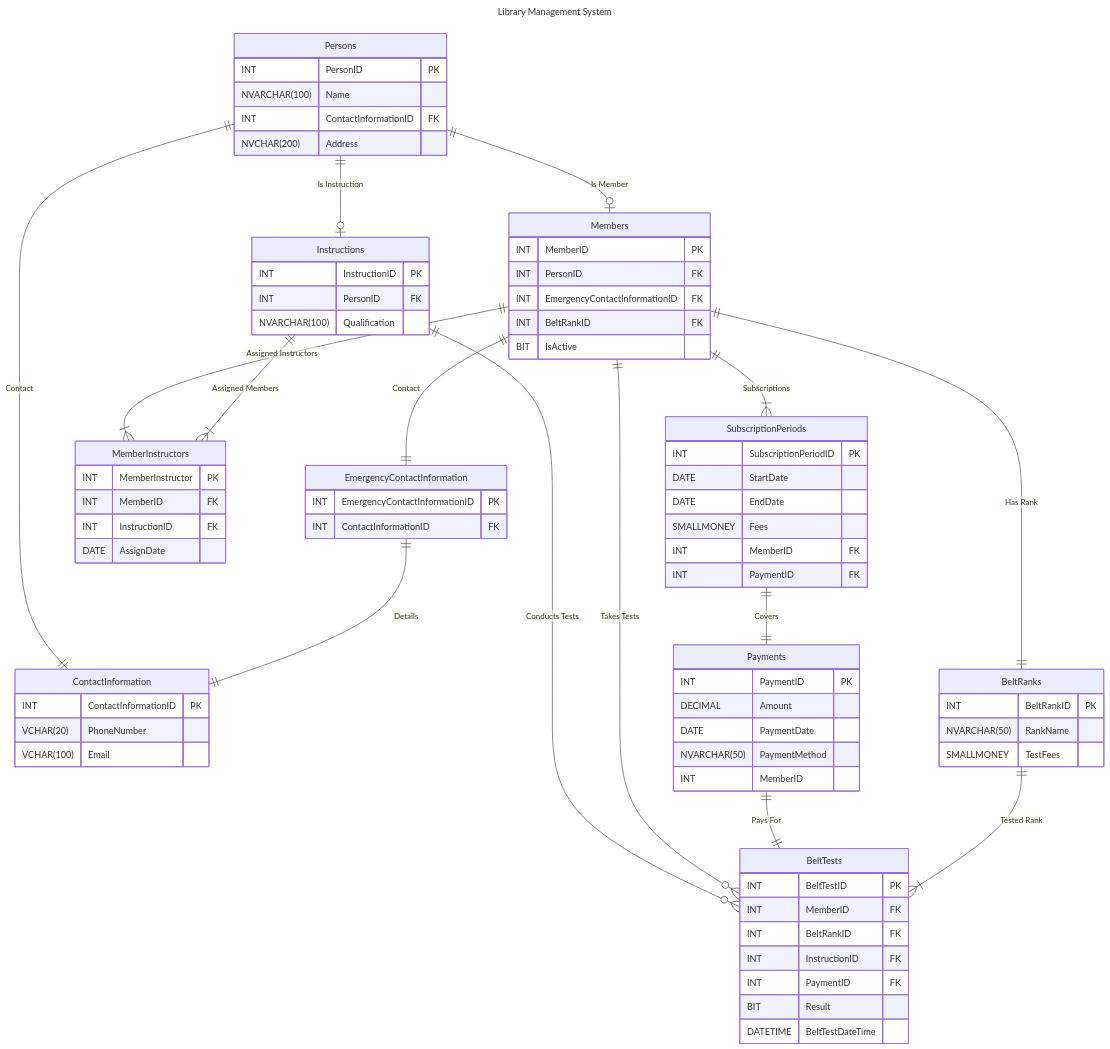
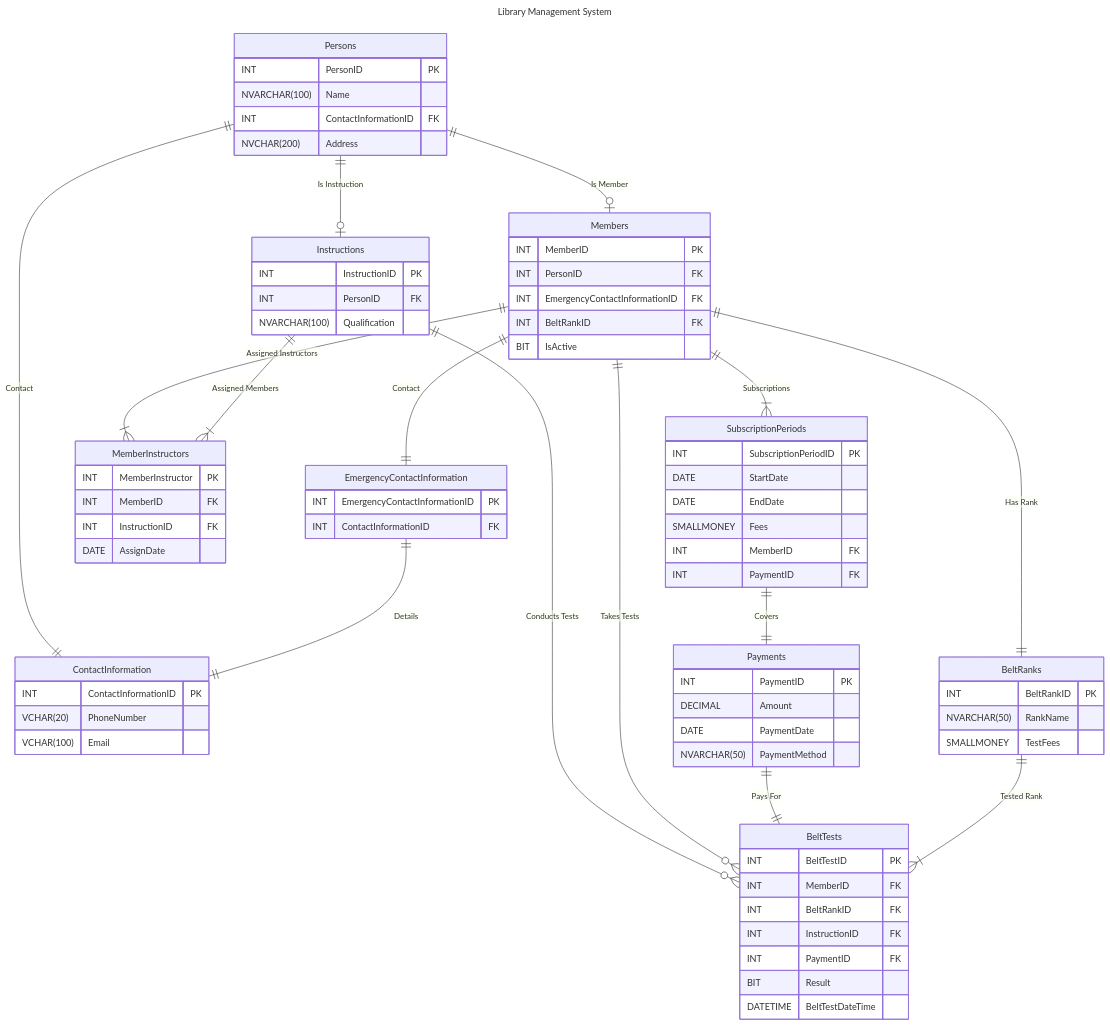
One commit to M4MD24/SQL-Database-Part-of-Concepts-and-Practices-by-Programming-Advices changed the diagram in src/_1_projects/_1_1_relational_diagrams/_1_1_1_management_system/KarateClub.mmd. Above: the diagram before and after it, drawn with Mermaid. The commit also changed 2 other files, not shown here.

Commit message:
Create (Car Rental Management System) Relational Diagram Project

```diff
--- a/src/_1_projects/_1_1_relational_diagrams/_1_1_1_management_system/KarateClub.mmd
+++ b/src/_1_projects/_1_1_relational_diagrams/_1_1_1_management_system/KarateClub.mmd
@@ -1,90 +1,89 @@
 ---
 title: "Library Management System"
 ---
 erDiagram
     Persons {
         INT PersonID PK
         NVARCHAR(100) Name
         INT ContactInformationID FK
         NVCHAR(200) Address
     }
 
     ContactInformation {
         INT ContactInformationID PK
         VCHAR(20) PhoneNumber
         VCHAR(100) Email
     }
 
     Members {
         INT MemberID PK
         INT PersonID FK
         INT EmergencyContactInformationID FK
         INT BeltRankID FK
         BIT IsActive
     }
 
     EmergencyContactInformation {
         INT EmergencyContactInformationID PK
         INT ContactInformationID FK
     }
 
     BeltRanks {
         INT BeltRankID PK
         NVARCHAR(50) RankName
         SMALLMONEY TestFees
     }
 
     Instructions {
         INT InstructionID PK
         INT PersonID FK
         NVARCHAR(100) Qualification
     }
 
     MemberInstructors {
         INT MemberInstructor PK
         INT MemberID FK
         INT InstructionID FK
         DATE AssignDate
     }
 
     SubscriptionPeriods {
         INT SubscriptionPeriodID PK
         DATE StartDate
         DATE EndDate
         SMALLMONEY Fees
         INT MemberID FK
         INT PaymentID FK
     }
 
     BeltTests {
         INT BeltTestID PK
         INT MemberID FK
         INT BeltRankID FK
         INT InstructionID FK
         INT PaymentID FK
         BIT Result
         DATETIME BeltTestDateTime
     }
 
     Payments {
         INT PaymentID PK
         DECIMAL Amount
         DATE PaymentDate
         NVARCHAR(50) PaymentMethod
-        INT MemberID
     }
 
     Persons ||--o| Members: "Is Member"
     Persons ||--o| Instructions: "Is Instruction"
     Persons ||--|| ContactInformation: "Contact"
     Members ||--|| EmergencyContactInformation: "Contact"
     EmergencyContactInformation ||--|| ContactInformation: "Details"
     Members ||--|{ MemberInstructors: "Assigned Instructors"
     Instructions ||--|{ MemberInstructors: "Assigned Members"
     Instructions ||--o{ BeltTests: "Conducts Tests"
     Members ||--|{ SubscriptionPeriods: "Subscriptions"
     Members ||--|| BeltRanks: "Has Rank"
     Members ||--o{ BeltTests: "Takes Tests"
     SubscriptionPeriods ||--|| Payments: "Covers"
     Payments ||--|| BeltTests: "Pays For"
     BeltRanks ||--|{ BeltTests: "Tested Rank"
```
